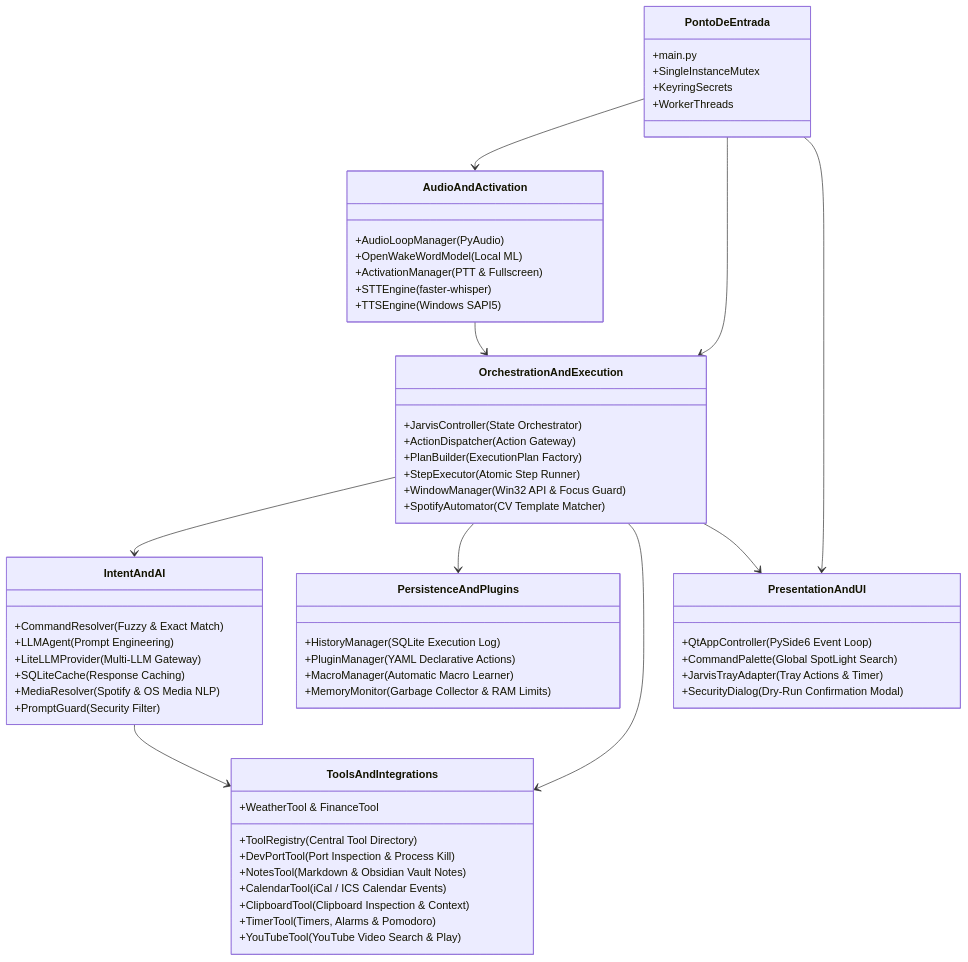
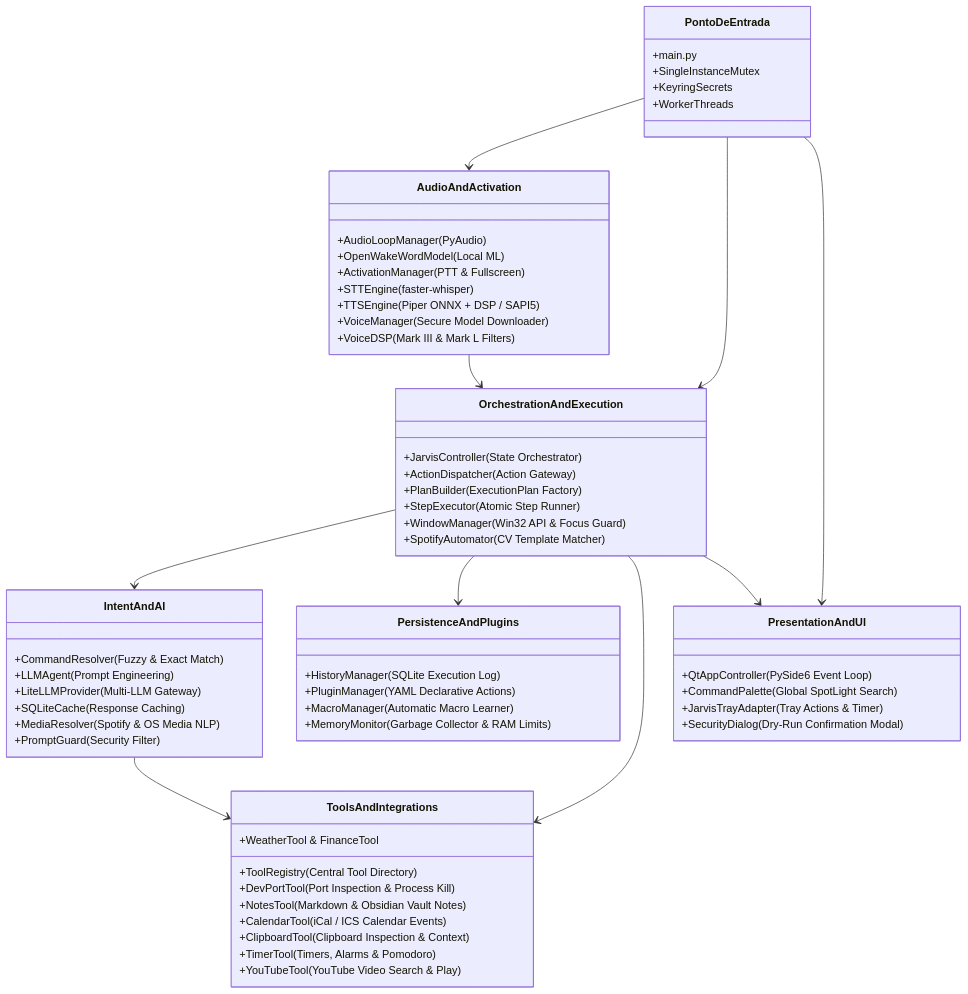
One commit to Leturnos/python-jarvis changed the third of 3 diagrams in docs/architecture/jarvis_architecture_and_flow.md. Above: the diagram before and after it, drawn with Mermaid. The commit also changed other lines of this file and 5 other files, not shown here.

Commit message:
docs: update documentation, architecture diagrams, and design spec for v0.9.0

````diff
--- a/docs/architecture/jarvis_architecture_and_flow.md
+++ b/docs/architecture/jarvis_architecture_and_flow.md
@@ -154,73 +154,75 @@
 ```mermaid
 classDiagram
     direction TB
 
     class PontoDeEntrada {
         +main.py
         +SingleInstanceMutex
         +KeyringSecrets
         +WorkerThreads
     }
 
     class AudioAndActivation {
         +AudioLoopManager (PyAudio)
         +OpenWakeWordModel (Local ML)
         +ActivationManager (PTT & Fullscreen)
         +STTEngine (faster-whisper)
-        +TTSEngine (Windows SAPI5)
+        +TTSEngine (Piper ONNX + DSP / SAPI5)
+        +VoiceManager (Secure Model Downloader)
+        +VoiceDSP (Mark III & Mark L Filters)
     }
 
     class IntentAndAI {
         +CommandResolver (Fuzzy & Exact Match)
         +LLMAgent (Prompt Engineering)
         +LiteLLMProvider (Multi-LLM Gateway)
         +SQLiteCache (Response Caching)
         +MediaResolver (Spotify & OS Media NLP)
         +PromptGuard (Security Filter)
     }
 
     class OrchestrationAndExecution {
         +JarvisController (State Orchestrator)
         +ActionDispatcher (Action Gateway)
         +PlanBuilder (ExecutionPlan Factory)
         +StepExecutor (Atomic Step Runner)
         +WindowManager (Win32 API & Focus Guard)
         +SpotifyAutomator (CV Template Matcher)
     }
 
     class ToolsAndIntegrations {
         +ToolRegistry (Central Tool Directory)
         +DevPortTool (Port Inspection & Process Kill)
         +NotesTool (Markdown & Obsidian Vault Notes)
         +CalendarTool (iCal / ICS Calendar Events)
         +ClipboardTool (Clipboard Inspection & Context)
         +TimerTool (Timers, Alarms & Pomodoro)
         +YouTubeTool (YouTube Video Search & Play)
         +WeatherTool & FinanceTool
     }
 
     class PersistenceAndPlugins {
         +HistoryManager (SQLite Execution Log)
         +PluginManager (YAML Declarative Actions)
         +MacroManager (Automatic Macro Learner)
         +MemoryMonitor (Garbage Collector & RAM Limits)
     }
 
     class PresentationAndUI {
         +QtAppController (PySide6 Event Loop)
         +CommandPalette (Global SpotLight Search)
         +JarvisTrayAdapter (Tray Actions & Timer)
         +SecurityDialog (Dry-Run Confirmation Modal)
     }
 
     PontoDeEntrada --> AudioAndActivation
     PontoDeEntrada --> OrchestrationAndExecution
     PontoDeEntrada --> PresentationAndUI
 
     AudioAndActivation --> OrchestrationAndExecution
     OrchestrationAndExecution --> IntentAndAI
     OrchestrationAndExecution --> PersistenceAndPlugins
     OrchestrationAndExecution --> ToolsAndIntegrations
     IntentAndAI --> ToolsAndIntegrations
     OrchestrationAndExecution --> PresentationAndUI
 ```
````
